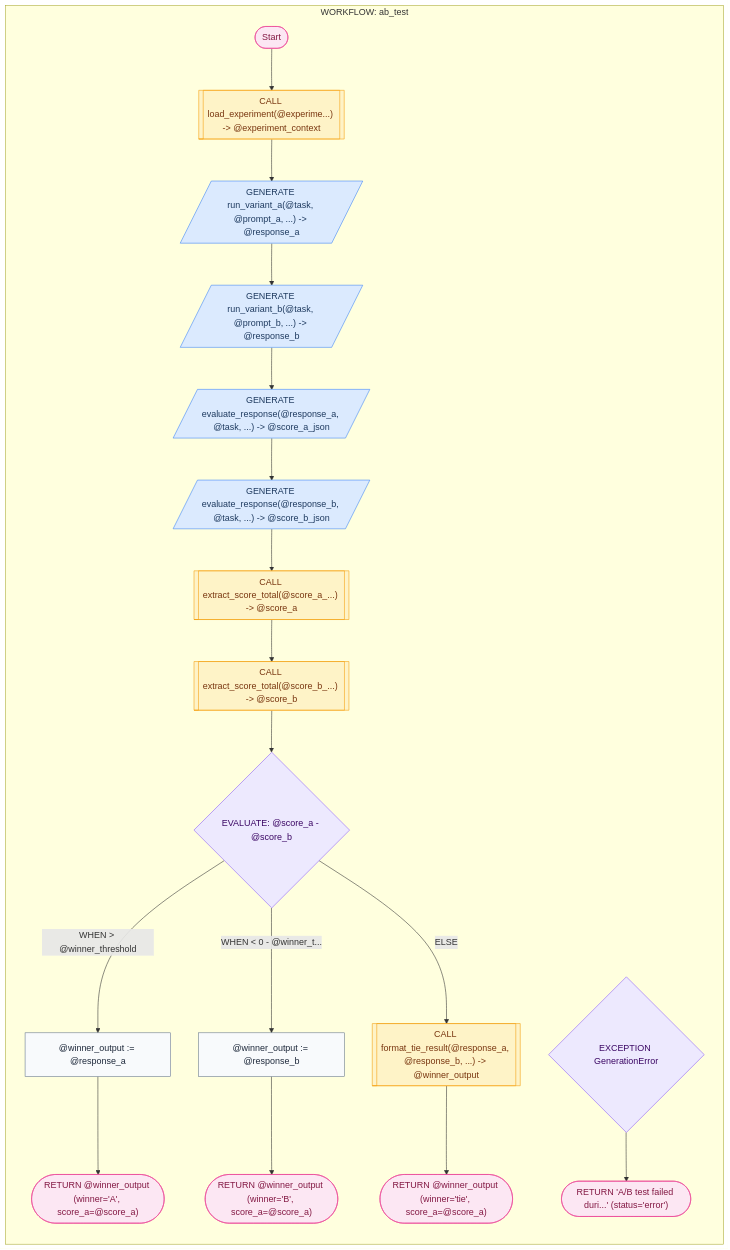
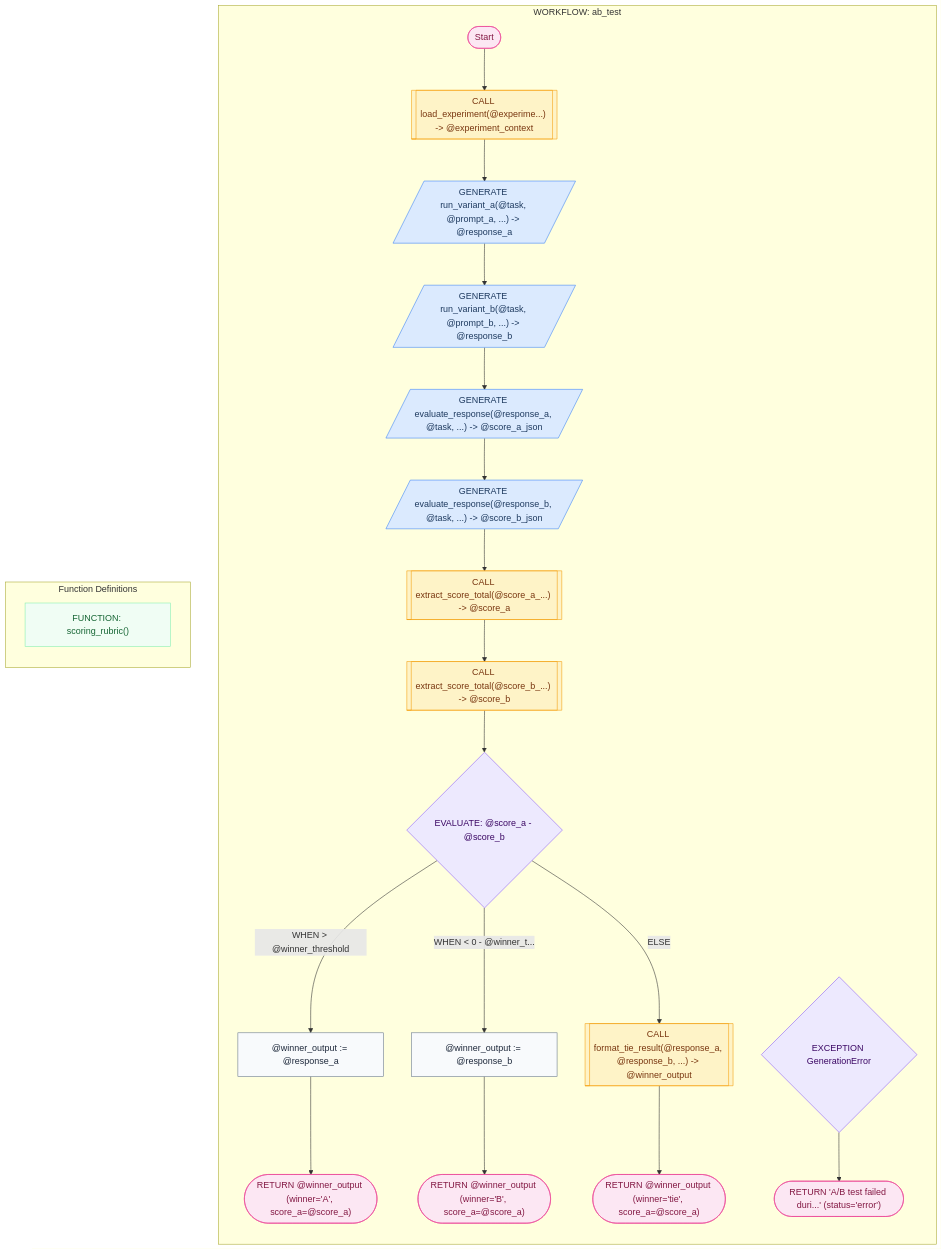
One commit to digital-duck/SPL.py changed the diagram in cookbook/26_ab_test/mermaid/ab_test.md. Above: the diagram before and after it, drawn with Mermaid. The commit also changed 334 other files, not shown here.

````diff
--- a/cookbook/26_ab_test/mermaid/ab_test.md
+++ b/cookbook/26_ab_test/mermaid/ab_test.md
@@ -7,61 +7,66 @@
 ```mermaid
 flowchart TD
     subgraph SG_ab_test["WORKFLOW: ab_test"]
     direction TB
     START1(["Start"])
     SUB2[["CALL load_experiment(@experime...) -> @experiment_context"]]
     GEN3[/"GENERATE run_variant_a(@task, @prompt_a, ...) -> @response_a"/]
     SUB2 --> GEN3
     GEN4[/"GENERATE run_variant_b(@task, @prompt_b, ...) -> @response_b"/]
     GEN3 --> GEN4
     GEN5[/"GENERATE evaluate_response(@response_a, @task, ...) -> @score_a_json"/]
     GEN4 --> GEN5
     GEN6[/"GENERATE evaluate_response(@response_b, @task, ...) -> @score_b_json"/]
     GEN5 --> GEN6
     SUB7[["CALL extract_score_total(@score_a_...) -> @score_a"]]
     GEN6 --> SUB7
     SUB8[["CALL extract_score_total(@score_b_...) -> @score_b"]]
     SUB7 --> SUB8
     EVAL9{"EVALUATE: @score_a - @score_b"}
     A11["@winner_output := @response_a"]
     RET12(["RETURN @winner_output (winner='A', score_a=@score_a)"])
     A11 --> RET12
     EVAL9 -->|"WHEN > @winner_threshold"| A11
     A13["@winner_output := @response_b"]
     RET14(["RETURN @winner_output (winner='B', score_a=@score_a)"])
     A13 --> RET14
     EVAL9 -->|"WHEN < 0 - @winner_t..."| A13
     SUB15[["CALL format_tie_result(@response_a, @response_b, ...) -> @winner_output"]]
     RET16(["RETURN @winner_output (winner='tie', score_a=@score_a)"])
     SUB15 --> RET16
     EVAL9 -->|"ELSE"| SUB15
     SUB8 --> EVAL9
     START1 --> SUB2
     EXC17{"EXCEPTION GenerationError"}
     RET18(["RETURN 'A/B test failed duri...' (status='error')"])
     EXC17 --> RET18
     end
+    subgraph FUNCTIONS["Function Definitions"]
+    direction TB
+    FN19["FUNCTION: scoring_rubric()"]
+    end
     class START1 term
     class SUB2 proc
     class GEN3 llm
     class GEN4 llm
     class GEN5 llm
     class GEN6 llm
     class SUB7 proc
     class SUB8 proc
     class EVAL9 ctrl
     class A11 assign
     class RET12 term
     class A13 assign
     class RET14 term
     class SUB15 proc
     class RET16 term
     class EXC17 ctrl
     class RET18 term
+    class FN19 fn
     classDef llm fill:#dbeafe,stroke:#3b82f6,color:#1e3a5f
     classDef proc fill:#fef3c7,stroke:#f59e0b,color:#78350f
     classDef ctrl fill:#ede9fe,stroke:#8b5cf6,color:#3b0764
     classDef term fill:#fce7f3,stroke:#ec4899,color:#831843
     classDef fn fill:#f0fdf4,stroke:#86efac,color:#166534
     classDef assign fill:#f8fafc,stroke:#64748b,color:#1e293b
 ```
````
